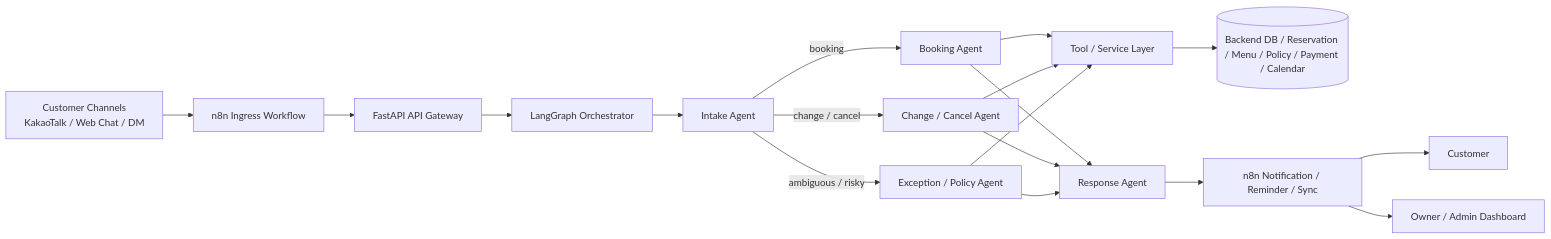
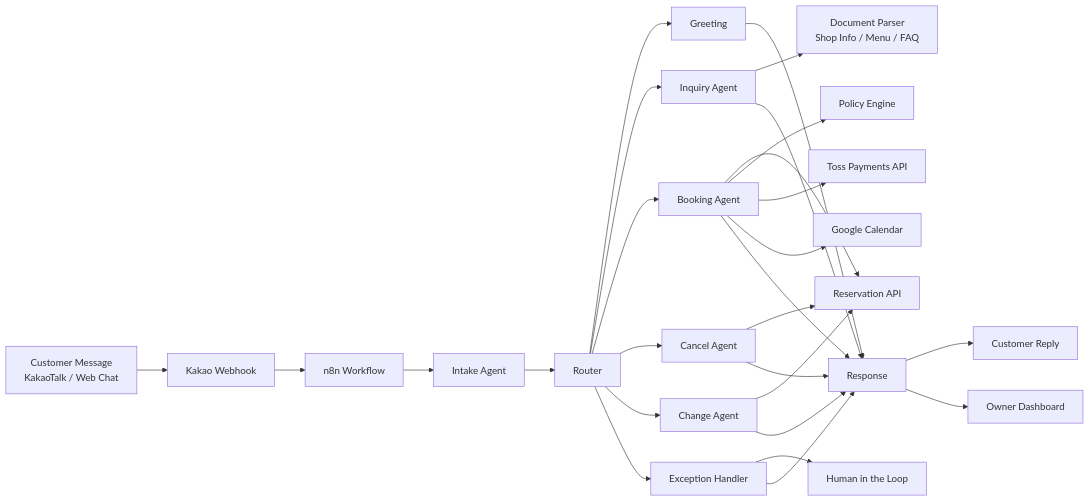
The diagram in README.md (NailAgent/agent), drawn with Mermaid before and after one commit. The commit also changed other lines of this file, not shown here.

````diff
--- a/README.md
+++ b/README.md
@@ -159,26 +179,33 @@
 ```mermaid
 flowchart LR
-    A[Customer Channels<br/>KakaoTalk / Web Chat / DM] --> B[n8n Ingress Workflow]
-    B --> C[FastAPI API Gateway]
+    A[Customer Message<br/>KakaoTalk / Web Chat] --> B[Kakao Webhook]
+    B --> C[n8n Workflow]
+    C --> D[Intake Agent]
+    D --> E[Router]
 
-    C --> D[LangGraph Orchestrator]
+    E --> F[Greeting]
+    E --> G[Inquiry Agent]
+    E --> H[Booking Agent]
+    E --> I[Cancel Agent]
+    E --> J[Change Agent]
+    E --> K[Exception Handler]
 
-    D --> E[Intake Agent]
-    E -->|booking| F[Booking Agent]
-    E -->|change / cancel| G[Change / Cancel Agent]
-    E -->|ambiguous / risky| H[Exception / Policy Agent]
+    G --> L[Document Parser<br/>Shop Info / Menu / FAQ]
+    H --> M[Reservation API]
+    H --> N[Policy Engine]
+    H --> O[Toss Payments API]
+    H --> P[Google Calendar]
+    I --> M
+    J --> M
+    K --> Q[Human in the Loop]
 
-    F --> I[Tool / Service Layer]
-    G --> I
-    H --> I
+    F --> R[Response]
+    G --> R
+    H --> R
+    I --> R
+    J --> R
+    K --> R
 
-    I --> J[(Backend DB / Reservation / Menu / Policy / Payment / Calendar)]
-
-    F --> K[Response Agent]
-    G --> K
-    H --> K
-
-    K --> L[n8n Notification / Reminder / Sync]
-    L --> M[Customer]
-    L --> N[Owner / Admin Dashboard]
+    R --> S[Customer Reply]
+    R --> T[Owner Dashboard]
 ```
````
